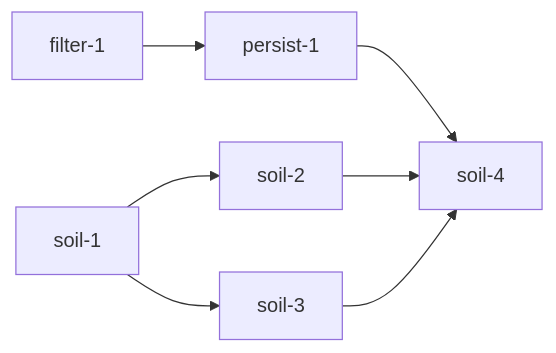
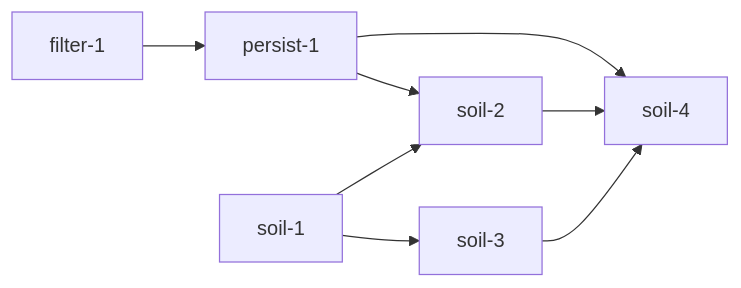
The diagram in plans/soil-layer.md (JustinMonty20/landman), drawn with Mermaid before and after one commit. The commit also changed other lines of this file and 1 other file, not shown here.

First line of the commit message:
Plan the soil ingest as one rate-limited client and a parallel join.

````diff
--- a/plans/soil-layer.md
+++ b/plans/soil-layer.md
@@ -41,9 +43,10 @@
 ```mermaid
 flowchart LR
   filter1[filter-1] --> persist1[persist-1]
-  soil1[soil-1] --> soil2[soil-2]
-  soil1 --> soil3[soil-3]
+  soil1[soil-1] --> soil3[soil-3]
+  soil1 --> soil2[soil-2]
+  persist1 --> soil2
   persist1 --> soil4[soil-4]
   soil2 --> soil4
   soil3 --> soil4
 ```
````
